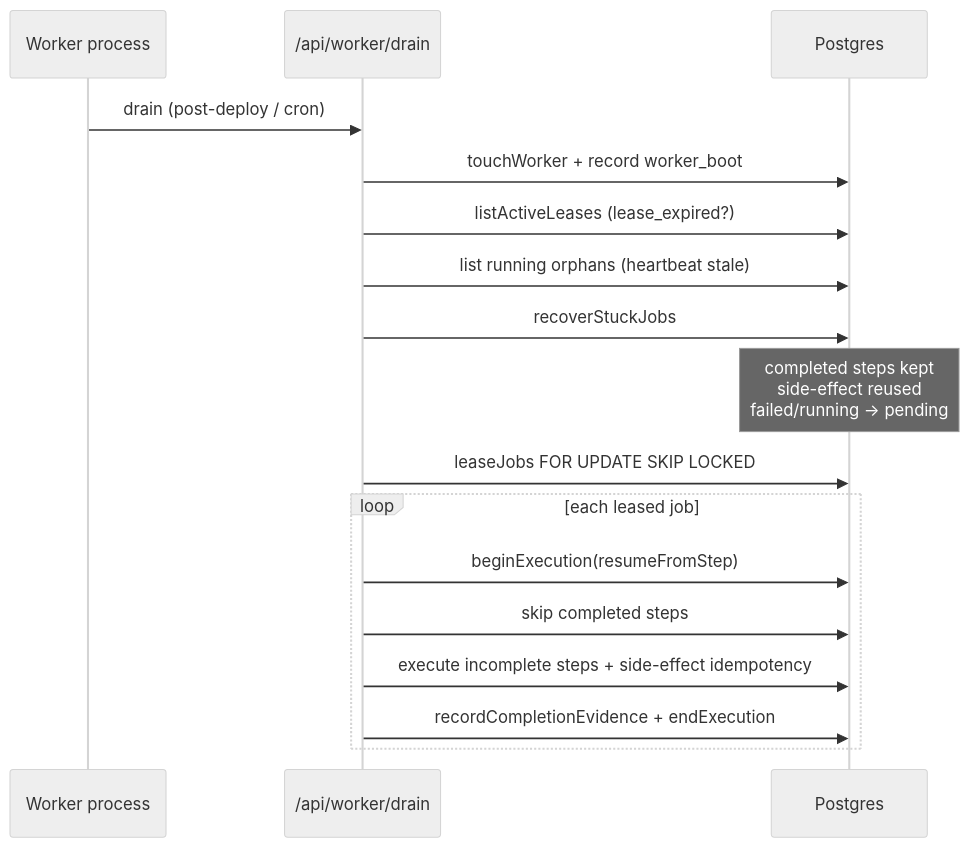
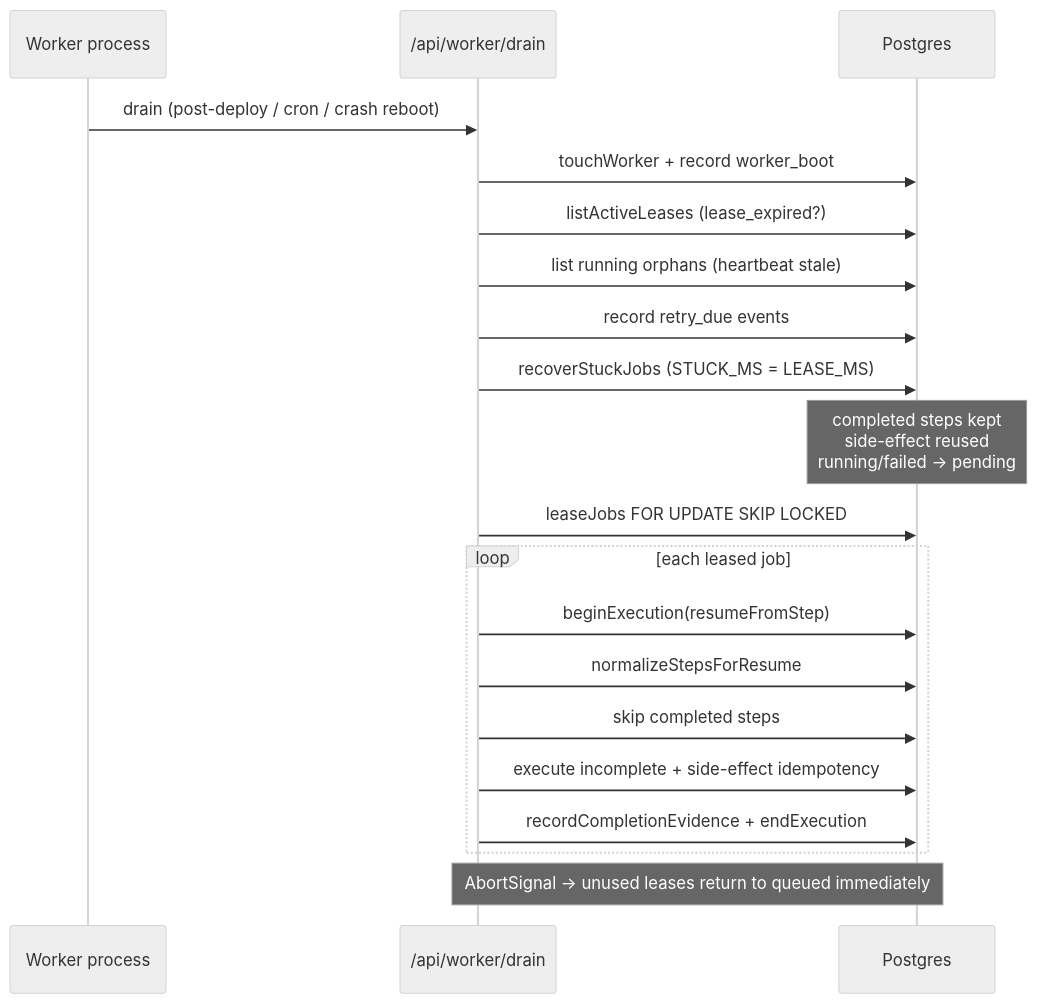
Before and after one commit to shenmixingye08-design/atlas-app: the second of 2 diagrams in docs/development/durability-production-blocker4-report.md, drawn with Mermaid (neutral theme). The commit also changed other lines of this file and 12 other files, not shown here.

````diff
--- a/docs/development/durability-production-blocker4-report.md
+++ b/docs/development/durability-production-blocker4-report.md
@@ -110,20 +114,23 @@
 ```mermaid
 sequenceDiagram
   participant W as Worker process
   participant API as /api/worker/drain
   participant DB as Postgres
 
-  W->>API: drain (post-deploy / cron)
+  W->>API: drain (post-deploy / cron / crash reboot)
   API->>DB: touchWorker + record worker_boot
   API->>DB: listActiveLeases (lease_expired?)
   API->>DB: list running orphans (heartbeat stale)
-  API->>DB: recoverStuckJobs
-  Note over DB: completed steps kept<br/>side-effect reused<br/>failed/running → pending
+  API->>DB: record retry_due events
+  API->>DB: recoverStuckJobs (STUCK_MS = LEASE_MS)
+  Note over DB: completed steps kept<br/>side-effect reused<br/>running/failed → pending
   API->>DB: leaseJobs FOR UPDATE SKIP LOCKED
   loop each leased job
     API->>DB: beginExecution(resumeFromStep)
+    API->>DB: normalizeStepsForResume
     API->>DB: skip completed steps
-    API->>DB: execute incomplete steps + side-effect idempotency
+    API->>DB: execute incomplete + side-effect idempotency
     API->>DB: recordCompletionEvidence + endExecution
   end
+  Note over API,DB: AbortSignal → unused leases return to queued immediately
 ```
````
